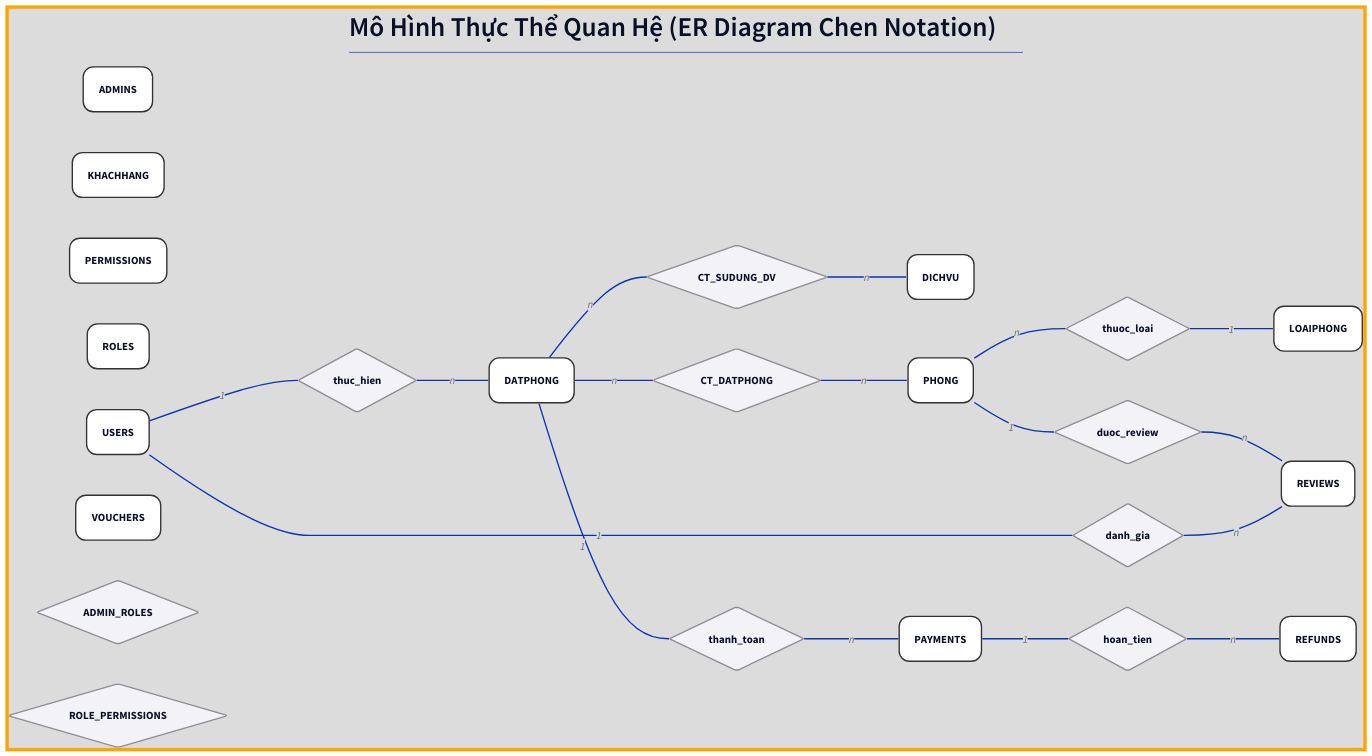
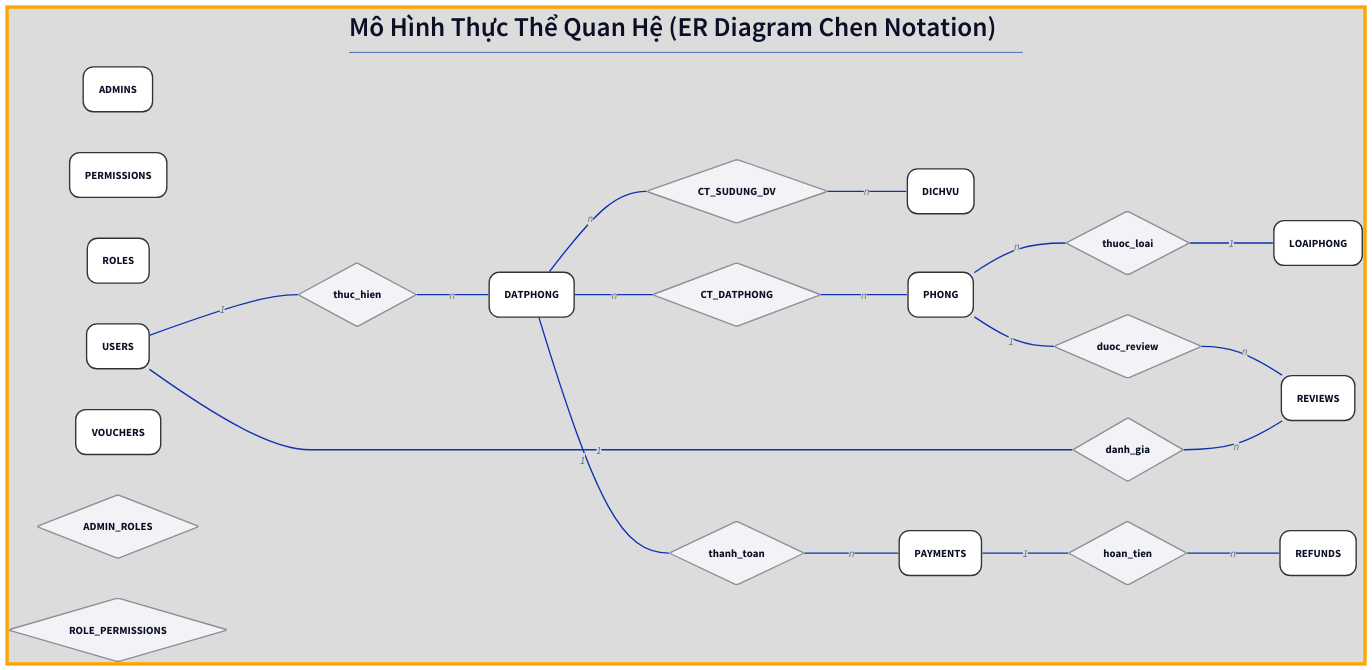
The diagram in report/content/diagrams/er.d2 (sam-uit/ie103-project-report), drawn with D2 before and after one commit.

```diff
--- a/report/content/diagrams/er.d2
+++ b/report/content/diagrams/er.d2
@@ -73,7 +73,6 @@
 ADMINS: {class: entity}
 DATPHONG: {class: entity}
 DICHVU: {class: entity}
-KHACHHANG: {class: entity}
 LOAIPHONG: {class: entity}
 PAYMENTS: {class: entity}
 PERMISSIONS: {class: entity}
```
